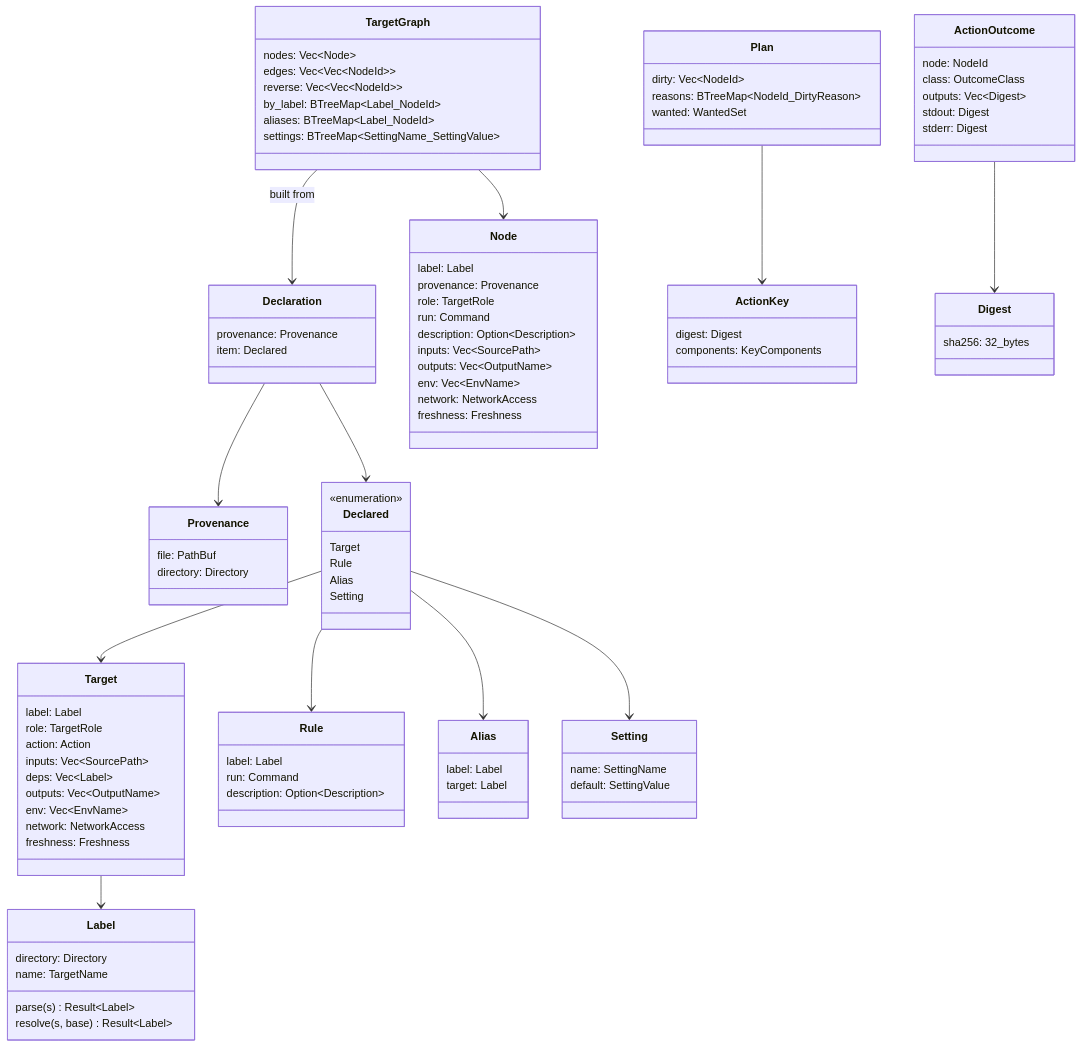
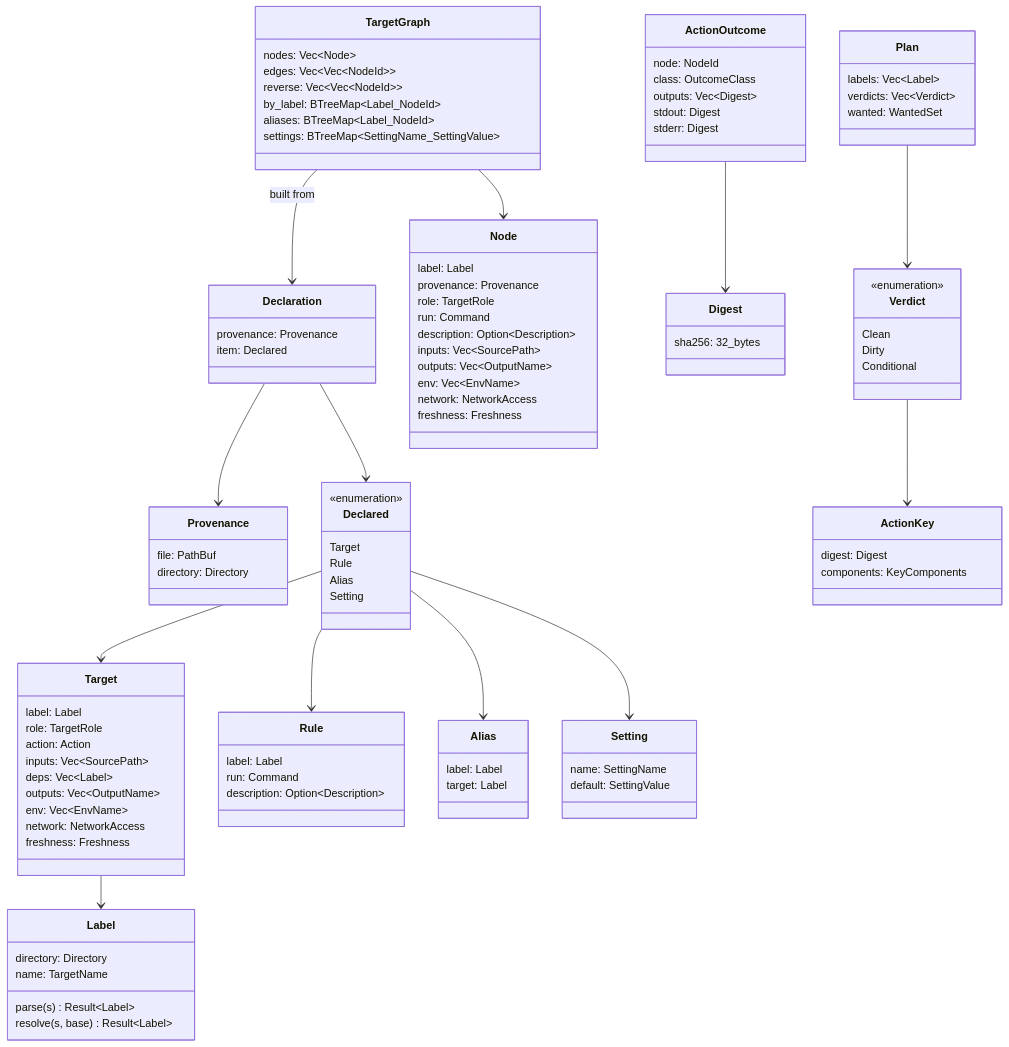
The second of 3 diagrams in docs/architecture.md (airsstack/buildl), drawn with Mermaid before and after one commit. The commit also changed other lines of this file and 60 other files, not shown here.

````diff
--- a/docs/architecture.md
+++ b/docs/architecture.md
@@ -121,9 +121,15 @@
         sha256: 32_bytes
     }
     class Plan {
-        dirty: Vec~NodeId~
-        reasons: BTreeMap~NodeId_DirtyReason~
+        labels: Vec~Label~
+        verdicts: Vec~Verdict~
         wanted: WantedSet
+    }
+    class Verdict {
+        <<enumeration>>
+        Clean
+        Dirty
+        Conditional
     }
     class ActionOutcome {
         node: NodeId
@@ -141,6 +147,7 @@
     Target --> Label
     TargetGraph --> Declaration : built from
     TargetGraph --> Node
-    Plan --> ActionKey
+    Plan --> Verdict
+    Verdict --> ActionKey
     ActionOutcome --> Digest
 ```
````
